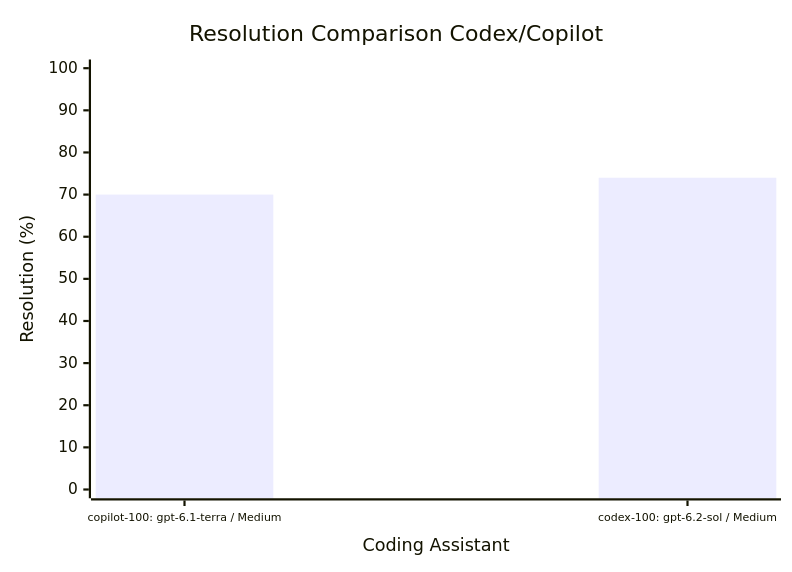
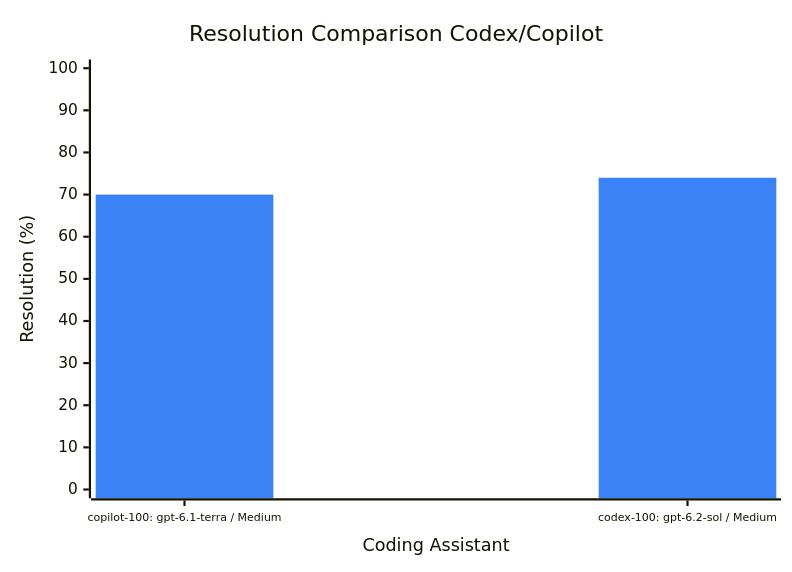
Before and after one commit to jimthompson5802/swebench-experiments-driver: the diagram in docs/swebench-notes.md, drawn with Mermaid.

Commit message:
Add color palette configuration for xyChart in swebench notes

````diff
--- a/docs/swebench-notes.md
+++ b/docs/swebench-notes.md
@@ -7,13 +7,16 @@
 ```mermaid
 ---
 config:
+    themeVariables:
+        xyChart:
+            plotColorPalette: "#3b82f6"
     xyChart:
         xAxis:
             labelFontSize: 10
 ---
 xychart-beta
     title "Resolution Comparison Codex/Copilot"
     x-axis "Coding Assistant" ["copilot-100: gpt-6.1-terra / Medium", "codex-100: gpt-6.2-sol / Medium"]
     y-axis "Resolution (%)" 0 --> 100
     bar [70, 74]
 ```
````
